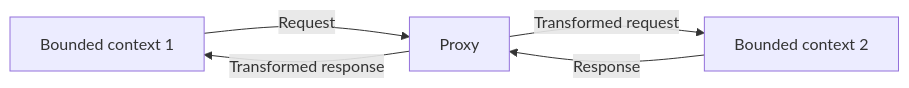
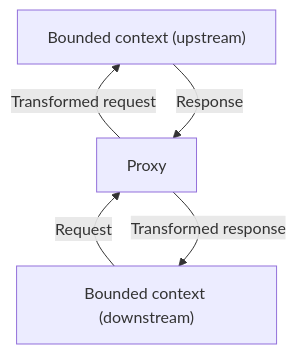
Before and after one commit to tam315/markdown-note2: the first of 4 diagrams in docs/books/learning-domain-driven-design.md, drawn with Mermaid. The commit also changed other lines of this file, not shown here.

````diff
--- a/docs/books/learning-domain-driven-design.md
+++ b/docs/books/learning-domain-driven-design.md
@@ -582,11 +582,7 @@
 ```mermaid
-graph LR
-  A[Bounded context 1]
-  B[Proxy]
-  C[Bounded context 2]
-
-  A -->|Request| B
-  B -->|Transformed request| C
-  C -->|Response| B
-  B -->|Transformed response| A
+flowchart BT
+  A["Bounded context (downstream)"] -- Request --> B["Proxy"]
+  B -- Transformed request --> C["Bounded context (upstream)"]
+  C -- Response --> B
+  B -- Transformed response --> A
 ```
````
